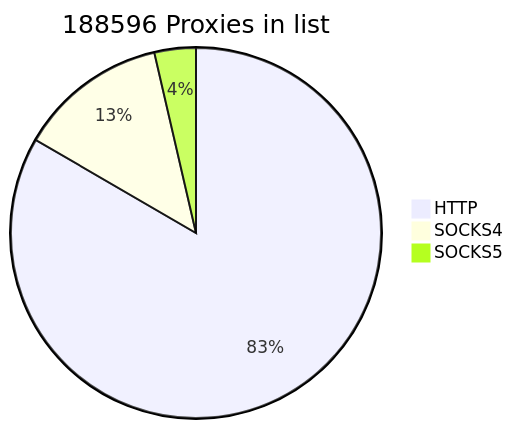
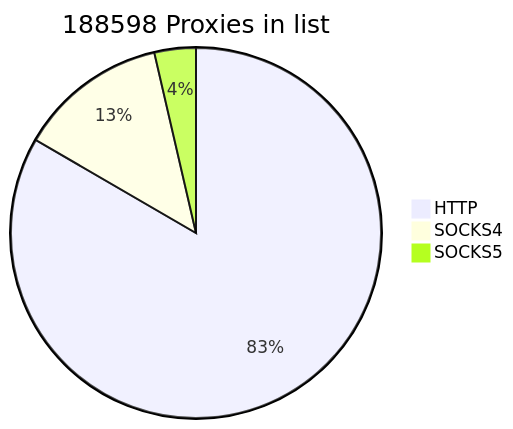
Before and after one commit to cutipu/proxylist: the first of 2 diagrams in README.md, drawn with Mermaid. The commit also changed other lines of this file, not shown here.

````diff
--- a/README.md
+++ b/README.md
@@ -2,7 +2,7 @@
 ```mermaid
-pie title 188596 Proxies in list
-    "HTTP" : 157241
-    "SOCKS4" : 24537
-    "SOCKS5" : 6818
+pie title 188598 Proxies in list
+    "HTTP" : 157239
+    "SOCKS4" : 24536
+    "SOCKS5" : 6823
             
 ```
````
